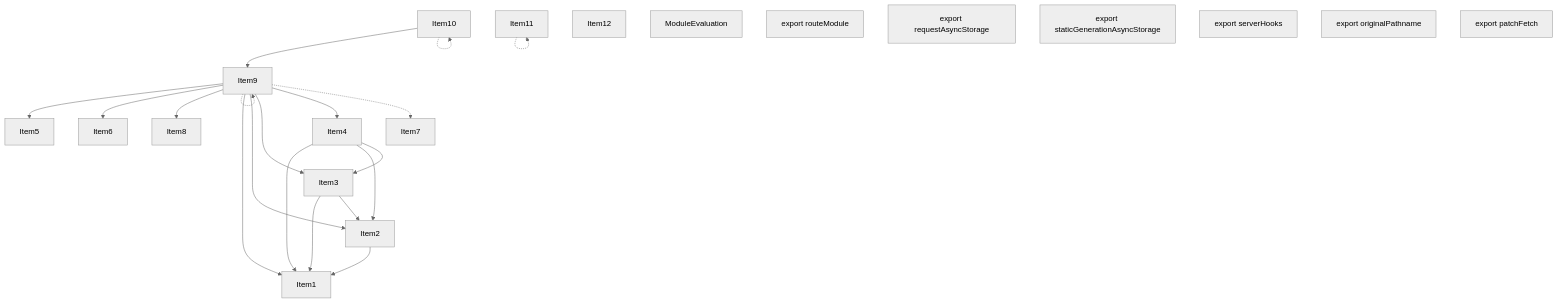
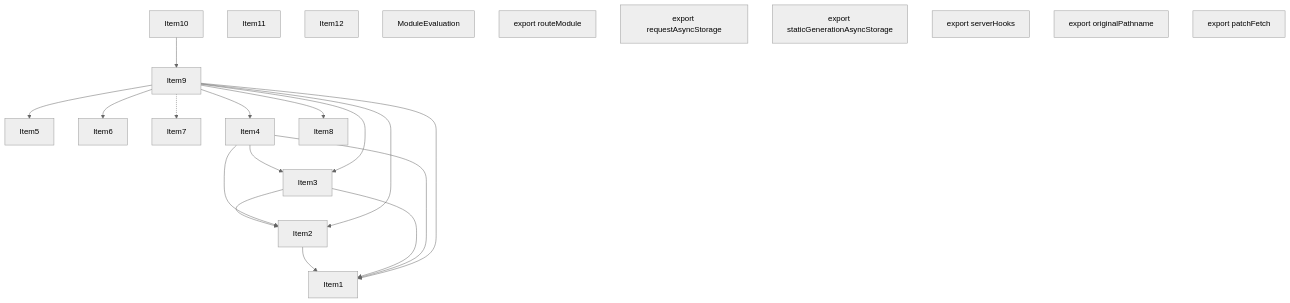
The second of 5 diagrams in crates/turbopack-ecmascript/tests/tree-shaker/analyzer/app-route/output.md (vercel/turborepo), drawn with Mermaid (neutral theme) before and after one commit. The commit also changed other lines of this file and 20 other files, not shown here.

````diff
--- a/crates/turbopack-ecmascript/tests/tree-shaker/analyzer/app-route/output.md
+++ b/crates/turbopack-ecmascript/tests/tree-shaker/analyzer/app-route/output.md
@@ -183,47 +183,44 @@
 ```mermaid
 graph TD
     Item1;
     Item5;
     Item2;
     Item6;
     Item3;
     Item7;
     Item4;
     Item8;
     Item9;
     Item10;
     Item11;
     Item12;
     Item13;
     Item13["ModuleEvaluation"];
     Item14;
     Item14["export routeModule"];
     Item15;
     Item15["export requestAsyncStorage"];
     Item16;
     Item16["export staticGenerationAsyncStorage"];
     Item17;
     Item17["export serverHooks"];
     Item18;
     Item18["export originalPathname"];
     Item19;
     Item19["export patchFetch"];
     Item2 --> Item1;
     Item3 --> Item1;
     Item3 --> Item2;
     Item4 --> Item1;
     Item4 --> Item2;
     Item4 --> Item3;
     Item9 --> Item5;
     Item9 --> Item6;
     Item9 --> Item8;
-    Item9 -.-> Item9;
     Item9 --> Item1;
     Item9 --> Item2;
     Item9 --> Item3;
     Item9 --> Item4;
     Item9 -.-> Item7;
     Item10 --> Item9;
-    Item10 -.-> Item10;
-    Item11 -.-> Item11;
 ```
````
